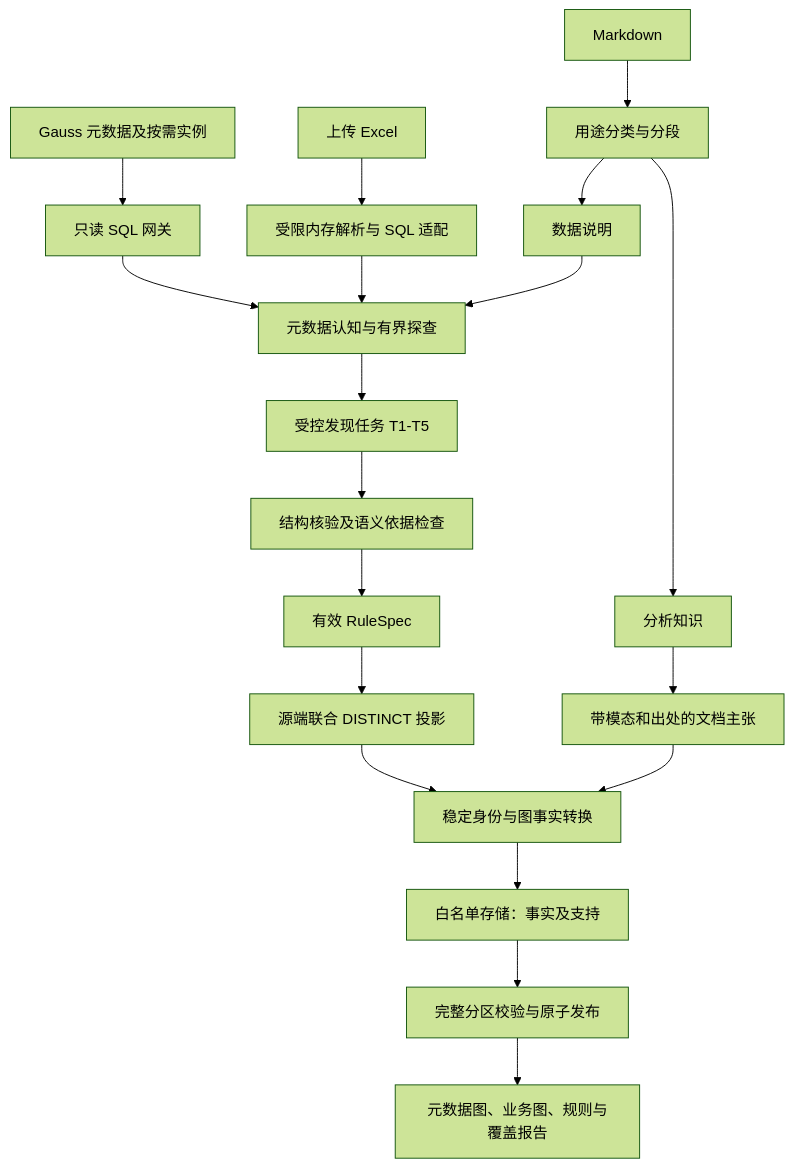
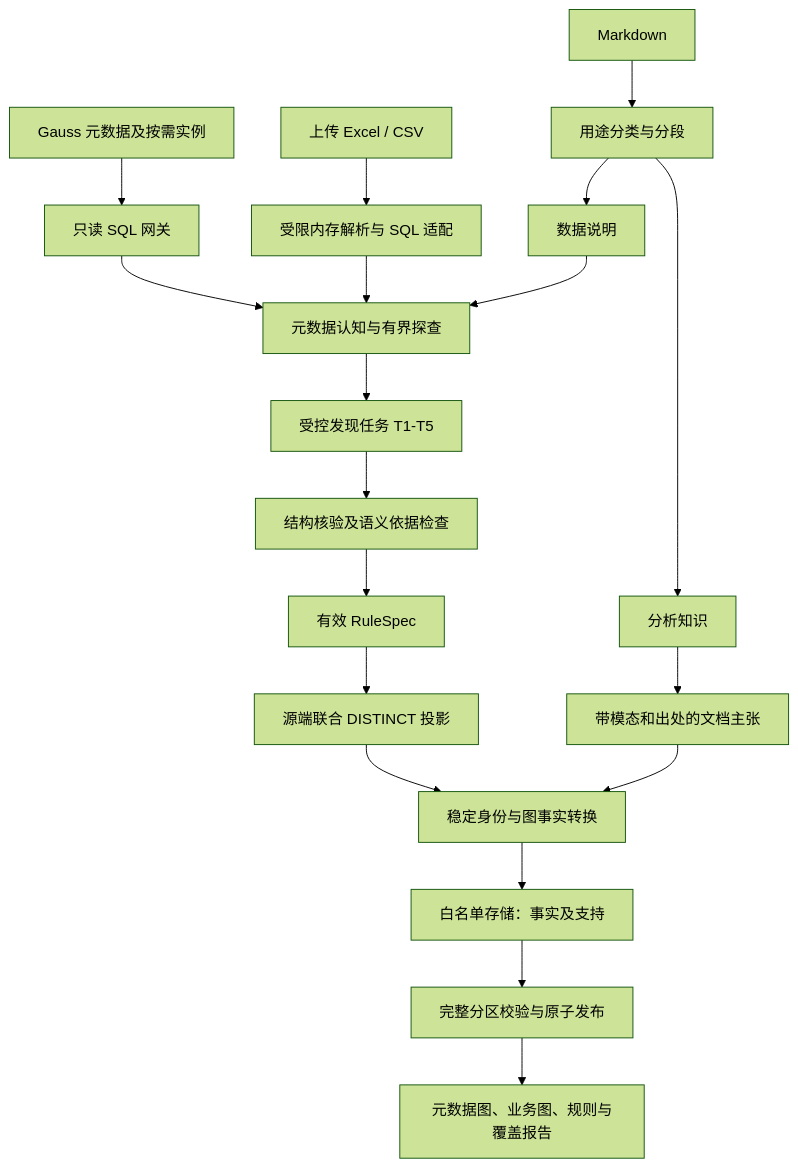
The diagram in design/lightweight_graph/README.md (zhangtianhong-1998/data-graph), drawn with Mermaid (forest theme) before and after one commit. The commit also changed other lines of this file and 77 other files, not shown here.

````diff
--- a/design/lightweight_graph/README.md
+++ b/design/lightweight_graph/README.md
@@ -26,21 +30,21 @@
 ```mermaid
 flowchart TD
   A[Gauss 元数据及按需实例] --> Q[只读 SQL 网关]
-  B[上传 Excel] --> X[受限内存解析与 SQL 适配]
+  B[上传 Excel / CSV] --> X[受限内存解析与 SQL 适配]
   C[Markdown] --> D[用途分类与分段]
   Q --> U[元数据认知与有界探查]
   X --> U
   D --> DD[数据说明]
   D --> AD[分析知识]
   DD --> U
   U --> H[受控发现任务 T1-T5]
   H --> V[结构核验及语义依据检查]
   V --> R[有效 RuleSpec]
   R --> P[源端联合 DISTINCT 投影]
   P --> F[稳定身份与图事实转换]
   AD --> K[带模态和出处的文档主张]
   K --> F
   F --> S[白名单存储：事实及支持]
   S --> T[完整分区校验与原子发布]
   T --> O[元数据图、业务图、规则与覆盖报告]
 ```
````
